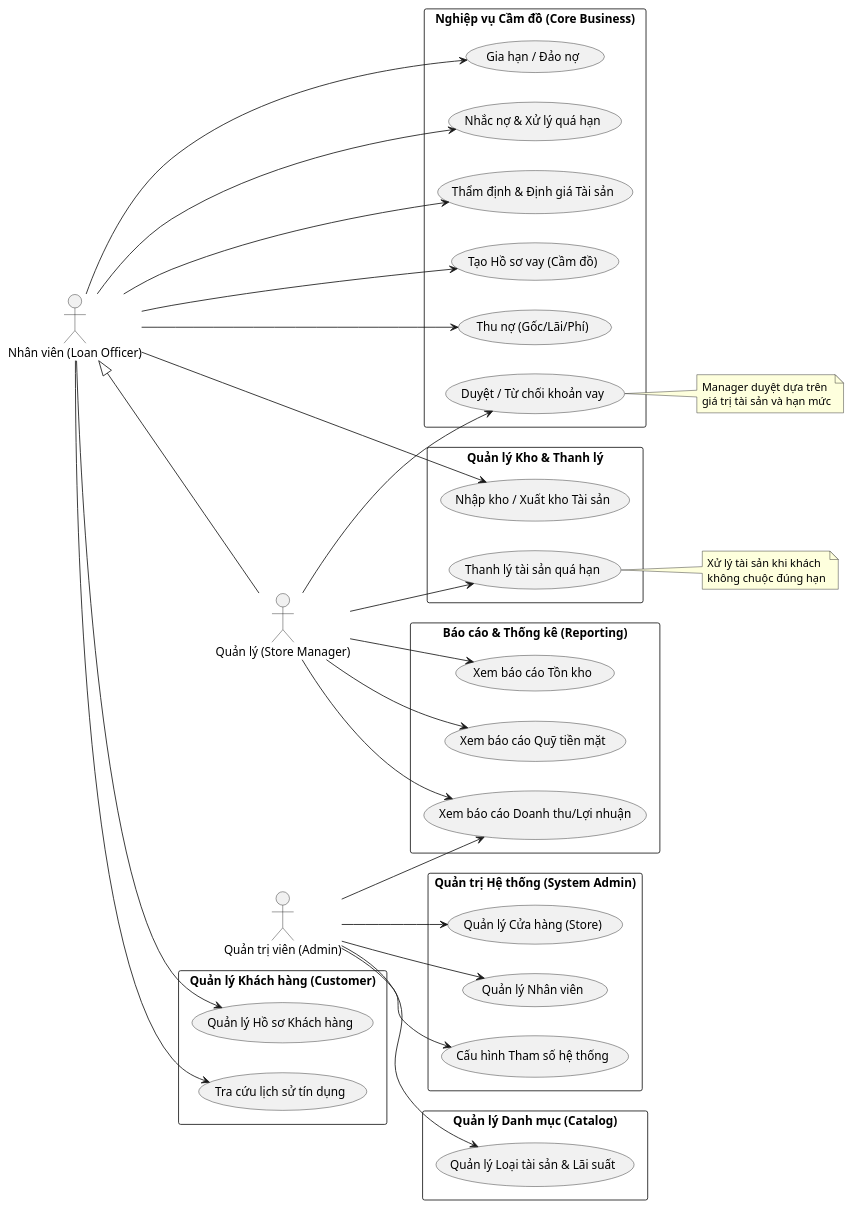
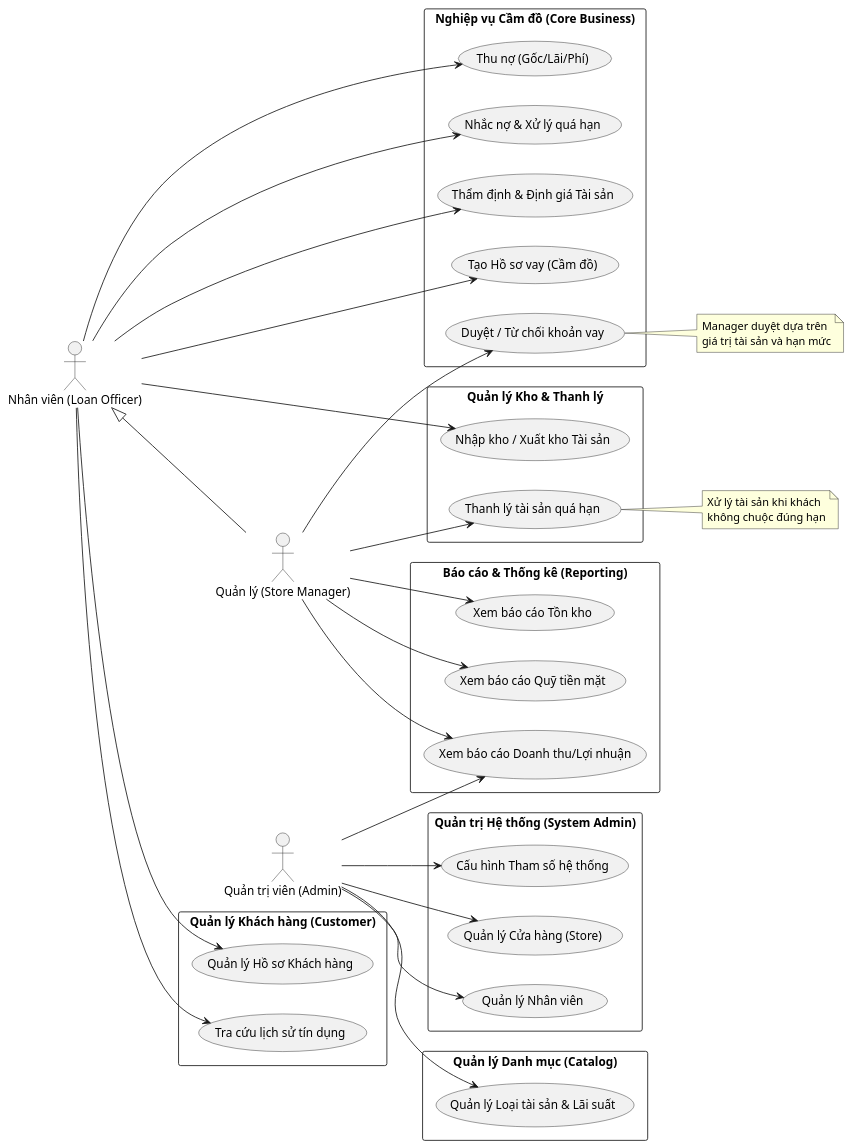
The diagram in docs/diagrams/system_overview_usecase.md (LeVanHuy84/se100-be-pawn-manager), drawn with PlantUML before and after one commit. The commit also changed other lines of this file and 11 other files, not shown here.

Commit message:
feat: Initialize core data model with Prisma schema and implement initial DTOs and services for payment, disbursement, and customer modules.

```diff
--- a/docs/diagrams/system_overview_usecase.md
+++ b/docs/diagrams/system_overview_usecase.md
@@ -37,7 +37,6 @@
     usecase "Tạo Hồ sơ vay (Cầm đồ)" as UC_Create_Loan
     usecase "Duyệt / Từ chối khoản vay" as UC_Approve_Loan
     usecase "Thu nợ (Gốc/Lãi/Phí)" as UC_Collect_Payment
-    usecase "Gia hạn / Đảo nợ" as UC_Rollover
     usecase "Nhắc nợ & Xử lý quá hạn" as UC_Remind_Debt
 }
 
@@ -67,7 +66,6 @@
 Staff --> UC_Appraise_Asset
 Staff --> UC_Create_Loan
 Staff --> UC_Collect_Payment
-Staff --> UC_Rollover
 Staff --> UC_Remind_Debt
 Staff --> UC_Warehousing
 
```
